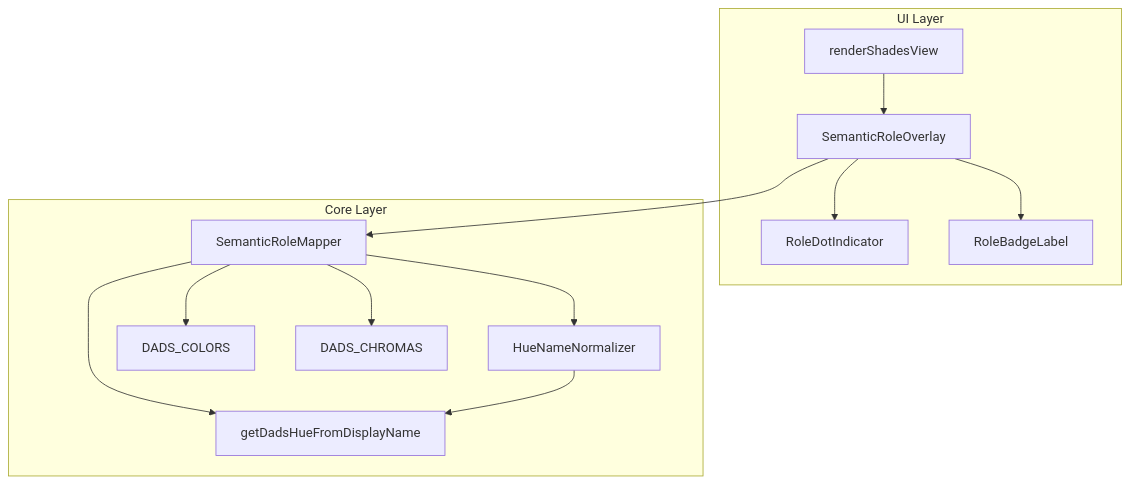
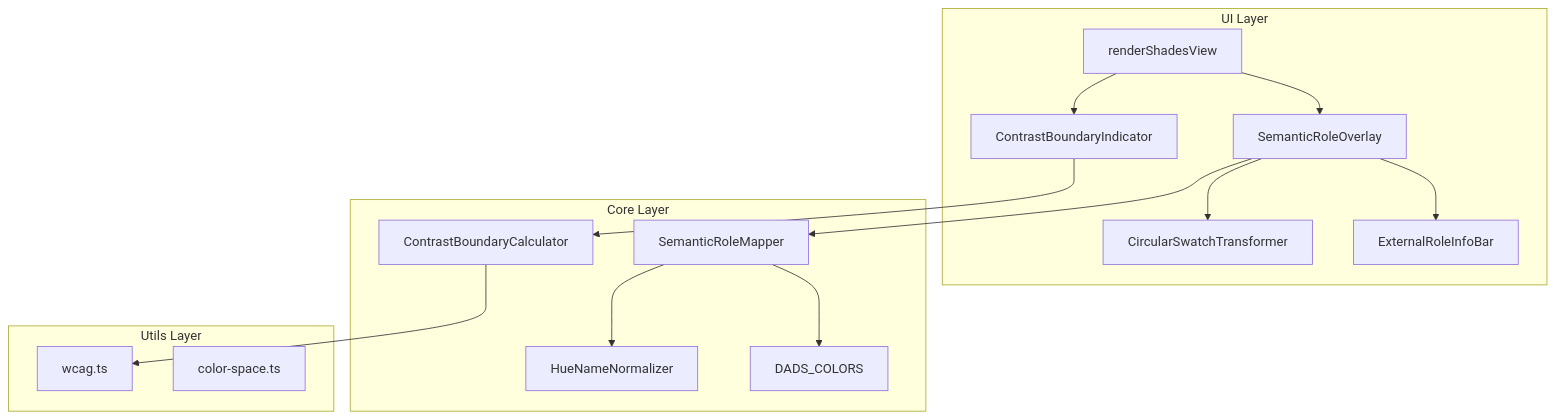
The first of 2 diagrams in .kiro/specs/shade-ui-improvement/design.md (monoharada/leonardo-learn), drawn with Mermaid before and after one commit. The commit also changed other lines of this file and 3 other files, not shown here.

````diff
--- a/.kiro/specs/shade-ui-improvement/design.md
+++ b/.kiro/specs/shade-ui-improvement/design.md
@@ -63,27 +37,32 @@
 ```mermaid
 graph TB
     subgraph UILayer[UI Layer]
         ShadesView[renderShadesView]
+        CircularSwatch[CircularSwatchTransformer]
+        ExternalRoleInfo[ExternalRoleInfoBar]
+        ContrastBoundary[ContrastBoundaryIndicator]
         RoleOverlay[SemanticRoleOverlay]
-        RoleDot[RoleDotIndicator]
-        RoleBadge[RoleBadgeLabel]
     end
 
     subgraph CoreLayer[Core Layer]
         RoleMapper[SemanticRoleMapper]
         HueNormalizer[HueNameNormalizer]
+        ContrastCalc[ContrastBoundaryCalculator]
         HarmonyData[DADS_COLORS]
-        DadsChromas[DADS_CHROMAS]
-        DadsProvider[getDadsHueFromDisplayName]
+    end
+
+    subgraph Utils[Utils Layer]
+        WcagUtils[wcag.ts]
+        ColorUtils[color-space.ts]
     end
 
     ShadesView --> RoleOverlay
-    RoleOverlay --> RoleDot
-    RoleOverlay --> RoleBadge
+    RoleOverlay --> CircularSwatch
+    RoleOverlay --> ExternalRoleInfo
+    ShadesView --> ContrastBoundary
     RoleOverlay --> RoleMapper
+    ContrastBoundary --> ContrastCalc
+    ContrastCalc --> WcagUtils
     RoleMapper --> HarmonyData
-    RoleMapper --> DadsChromas
-    RoleMapper --> DadsProvider
     RoleMapper --> HueNormalizer
-    HueNormalizer --> DadsProvider
 ```
````
